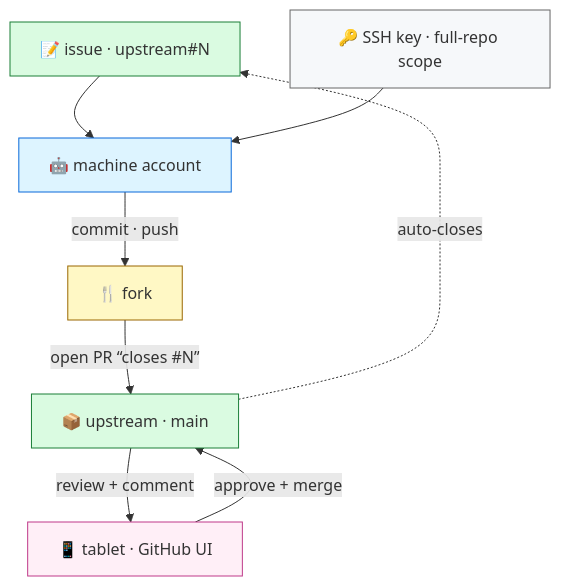
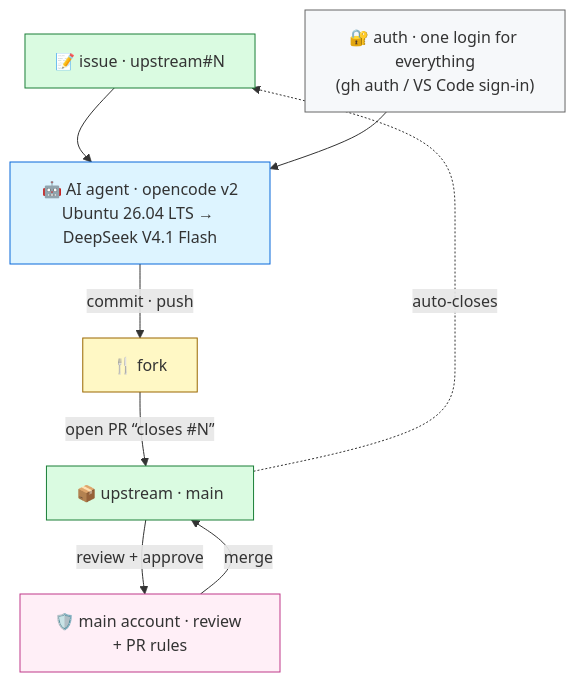
Before and after one commit to kapetim/kapetim: the diagram in README.md, drawn with Mermaid. The commit also changed other lines of this file, not shown here.

````diff
--- a/README.md
+++ b/README.md
@@ -24,23 +32,23 @@
 ```mermaid
 flowchart TB
   issue["📝 issue · upstream#N"]:::canon
-  key["🔑 SSH key · full-repo scope"]:::infra
-  mach["🤖 machine account"]:::machine
+  auth["🔐 auth · one login for everything<br/>(gh auth / VS Code sign-in)"]:::infra
+  ai["🤖 AI agent · opencode v2<br/>Ubuntu 26.04 LTS → DeepSeek V4.1 Flash"]:::machine
   fork["🍴 fork"]:::fork
   canon["📦 upstream · main"]:::canon
-  ui["📱 tablet · GitHub UI"]:::human
+  gate["🛡️ main account · review + PR rules"]:::human
 
-  issue --> mach
-  key --> mach
-  mach -->|commit · push| fork
+  issue --> ai
+  auth --> ai
+  ai -->|commit · push| fork
   fork -->|open PR “closes #N”| canon
-  canon -->|review + comment| ui
-  ui -->|approve + merge| canon
+  canon -->|review + approve| gate
+  gate -->|merge| canon
   canon -.->|auto-closes| issue
 
   classDef infra fill:#f6f8fa,stroke:#666;
   classDef machine fill:#ddf4ff,stroke:#0969da;
   classDef fork fill:#fff8c5,stroke:#9a6700;
   classDef canon fill:#dafbe1,stroke:#1a7f37;
   classDef human fill:#ffeff7,stroke:#bf3989;
 ```
````
